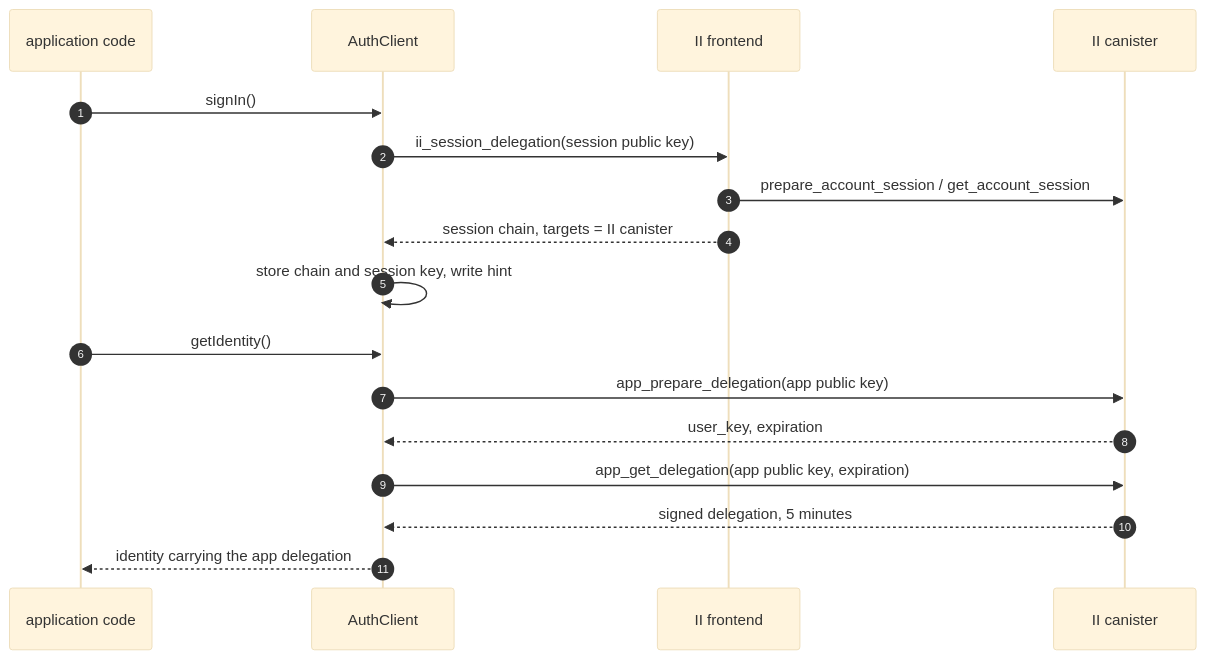
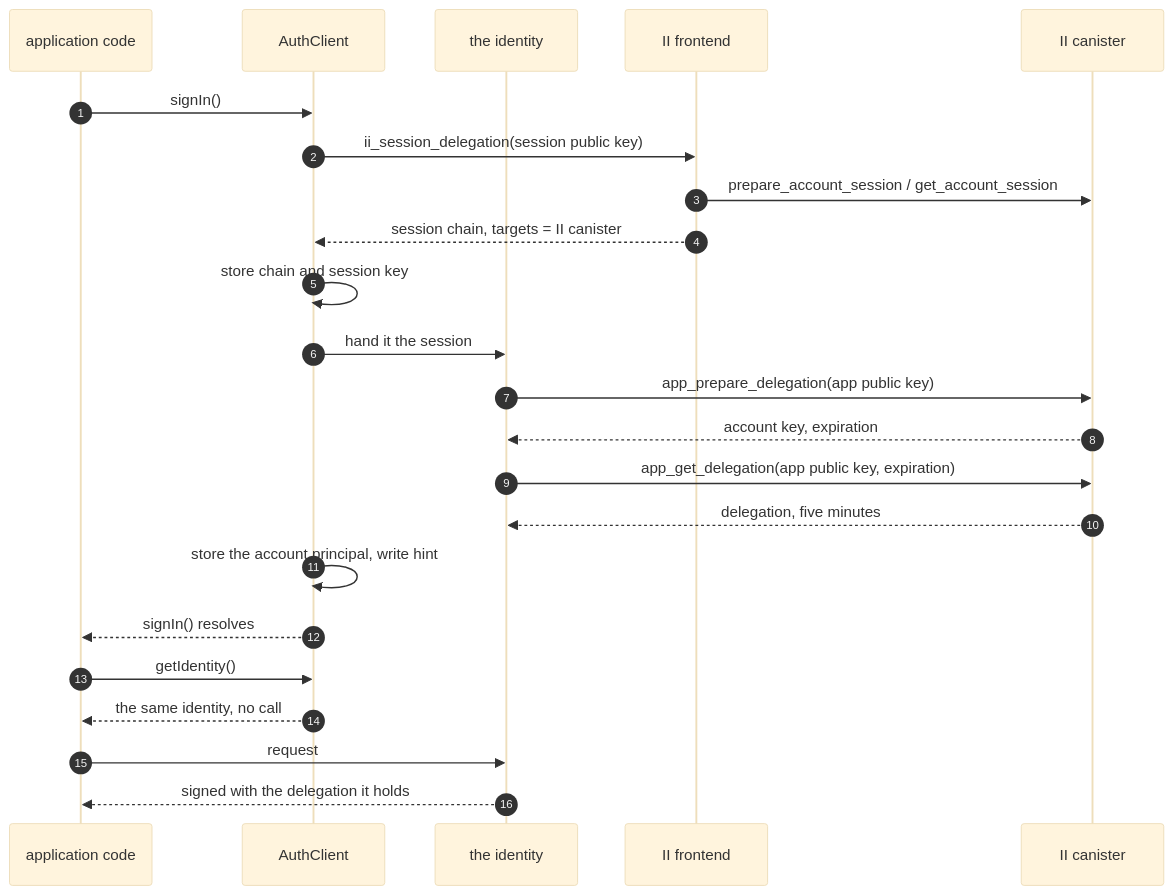
One commit to dfinity/internet-identity changed the first of 2 diagrams in docs/ongoing/client-app-sessions-spec.md. Above: the diagram before and after it, drawn with Mermaid (base theme). The commit also changed other lines of this file and 1 other file, not shown here.

First line of the commit message:
docs: diagram the refresh, and stop implying a mint per getIdentity

````diff
--- a/docs/ongoing/client-app-sessions-spec.md
+++ b/docs/ongoing/client-app-sessions-spec.md
@@ -22,20 +22,27 @@
 ```mermaid
 sequenceDiagram
     autonumber
     participant App as application code
     participant AC as AuthClient
+    participant Id as the identity
     participant IIF as II frontend
     participant IIC as II canister
 
     App->>AC: signIn()
     AC->>IIF: ii_session_delegation(session public key)
     IIF->>IIC: prepare_account_session / get_account_session
     IIF-->>AC: session chain, targets = II canister
-    AC->>AC: store chain and session key, write hint
+    AC->>AC: store chain and session key
+    AC->>Id: hand it the session
+    Id->>IIC: app_prepare_delegation(app public key)
+    IIC-->>Id: account key, expiration
+    Id->>IIC: app_get_delegation(app public key, expiration)
+    IIC-->>Id: delegation, five minutes
+    AC->>AC: store the account principal, write hint
+    AC-->>App: signIn() resolves
+
     App->>AC: getIdentity()
-    AC->>IIC: app_prepare_delegation(app public key)
-    IIC-->>AC: user_key, expiration
-    AC->>IIC: app_get_delegation(app public key, expiration)
-    IIC-->>AC: signed delegation, 5 minutes
-    AC-->>App: identity carrying the app delegation
+    AC-->>App: the same identity, no call
+    App->>Id: request
+    Id-->>App: signed with the delegation it holds
 ```
````
